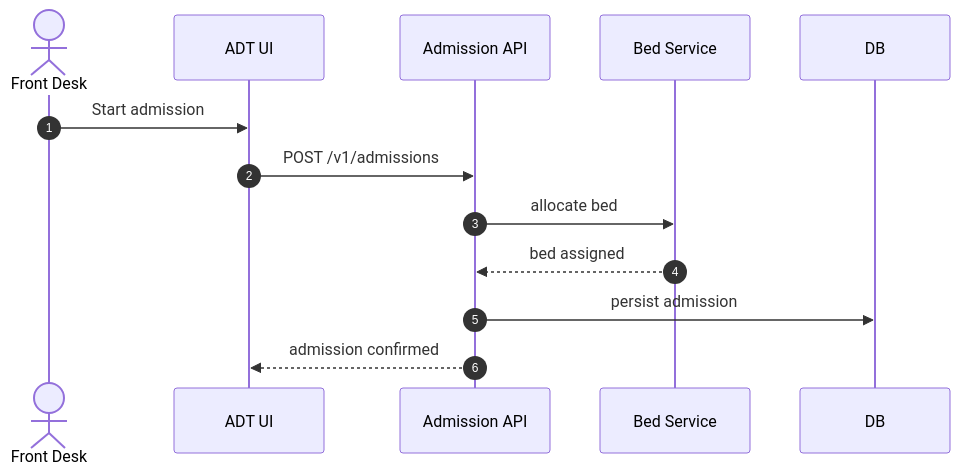
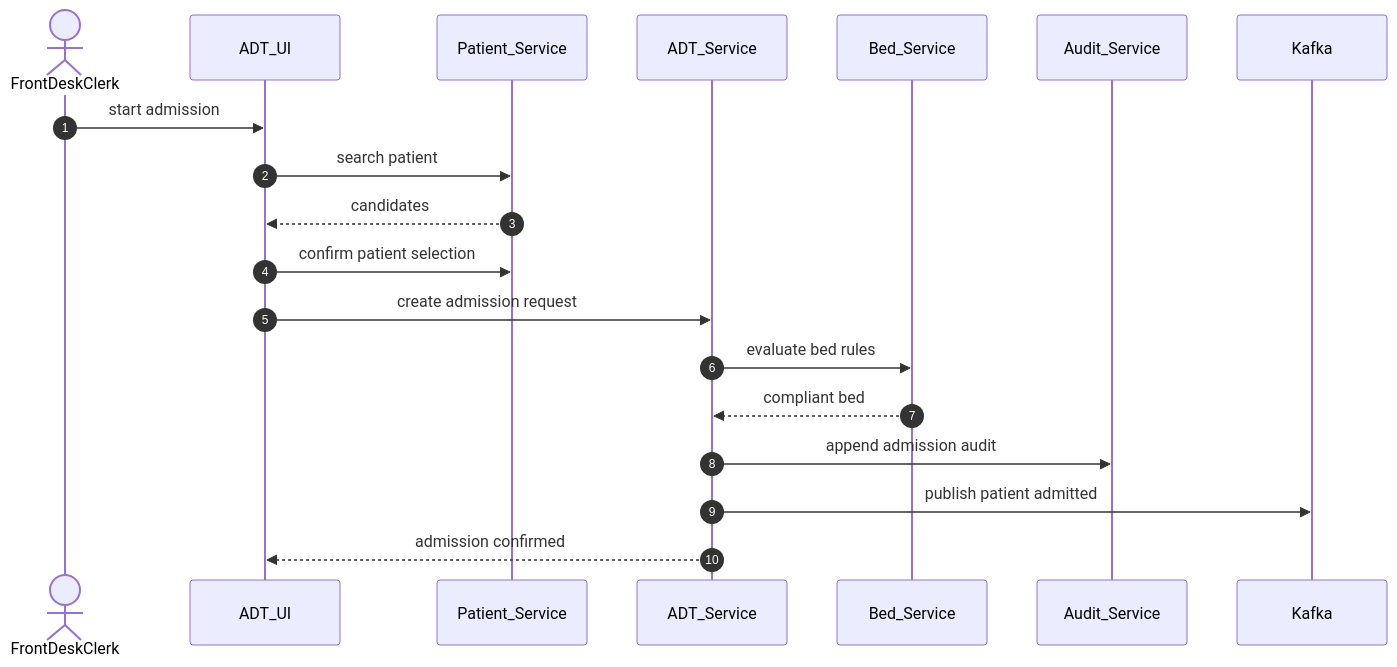
Before and after one commit to 0Ankit0/Project-Ideas: the first of 4 diagrams in Hospital Information System/high-level-design/system-sequence-diagrams.md, drawn with Mermaid. The commit also changed other lines of this file and 18 other files, not shown here.

````diff
--- a/Hospital Information System/high-level-design/system-sequence-diagrams.md
+++ b/Hospital Information System/high-level-design/system-sequence-diagrams.md
@@ -4,16 +7,22 @@
 ```mermaid
 sequenceDiagram
     autonumber
-    actor Clerk as Front Desk
-    participant UI as ADT UI
-    participant API as Admission API
-    participant Bed as Bed Service
-    participant DB as DB
+    actor Clerk as FrontDeskClerk
+    participant UI as ADT_UI
+    participant Patient as Patient_Service
+    participant ADT as ADT_Service
+    participant Bed as Bed_Service
+    participant Audit as Audit_Service
+    participant Bus as Kafka
 
-    Clerk->>UI: Start admission
-    UI->>API: POST /v1/admissions
-    API->>Bed: allocate bed
-    Bed-->>API: bed assigned
-    API->>DB: persist admission
-    API-->>UI: admission confirmed
+    Clerk->>UI: start admission
+    UI->>Patient: search patient
+    Patient-->>UI: candidates
+    UI->>Patient: confirm patient selection
+    UI->>ADT: create admission request
+    ADT->>Bed: evaluate bed rules
+    Bed-->>ADT: compliant bed
+    ADT->>Audit: append admission audit
+    ADT->>Bus: publish patient admitted
+    ADT-->>UI: admission confirmed
 ```
````
